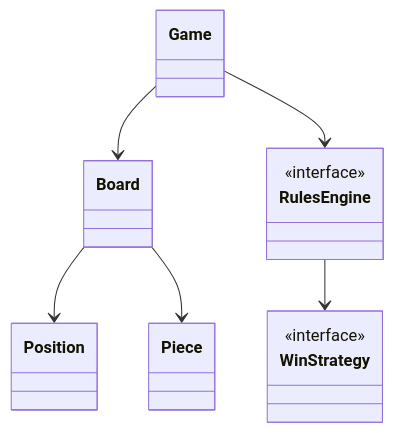
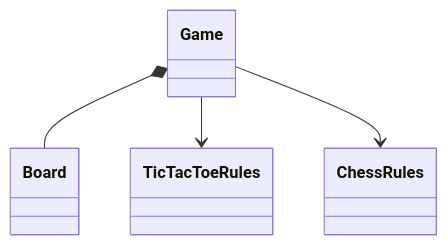
One commit to Anilinfo2015/anilinfo2015.github.io changed the diagram in low-level-design/tic-tac-toe-and-chess.md. Above: the diagram before and after it, drawn with Mermaid. The commit also changed other lines of this file and 58 other files, not shown here.

````diff
--- a/low-level-design/tic-tac-toe-and-chess.md
+++ b/low-level-design/tic-tac-toe-and-chess.md
@@ -62,18 +25,10 @@
 ```mermaid
 classDiagram
     class Game
     class Board
-    class Position
-    class Piece
-    class RulesEngine {
-        <<interface>>
-    }
-    class WinStrategy {
-        <<interface>>
-    }
-    Game --> Board
-    Game --> RulesEngine
-    RulesEngine --> WinStrategy
-    Board --> Position
-    Board --> Piece
+    class TicTacToeRules
+    class ChessRules
+    Game *-- Board
+    Game --> TicTacToeRules
+    Game --> ChessRules
 ```
````
